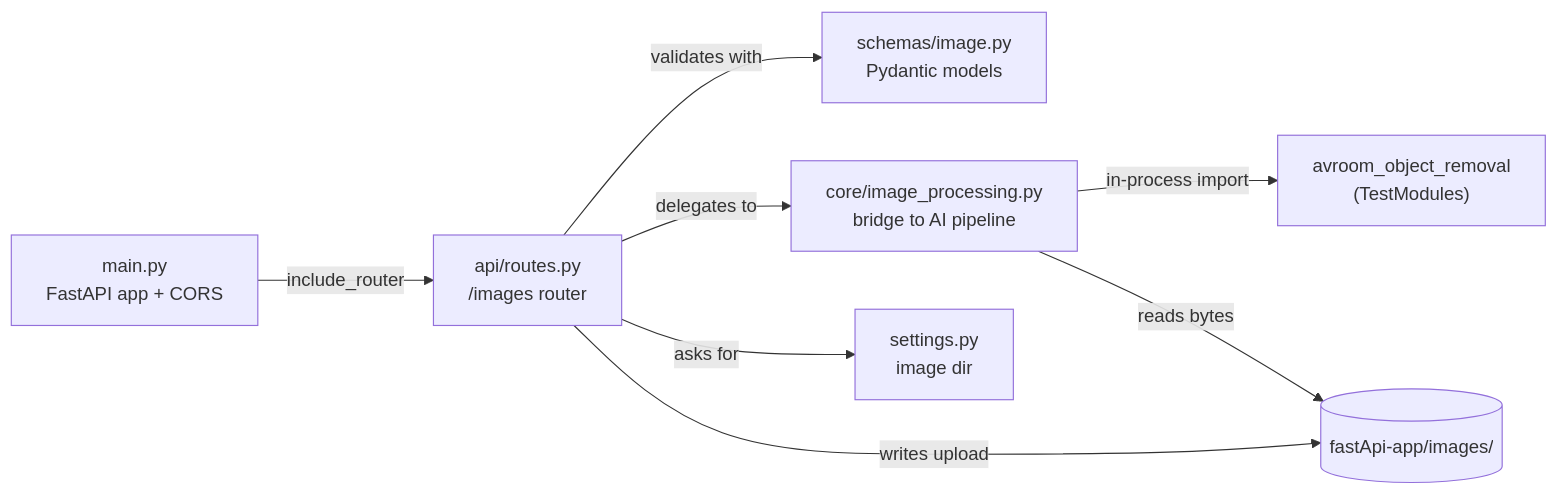
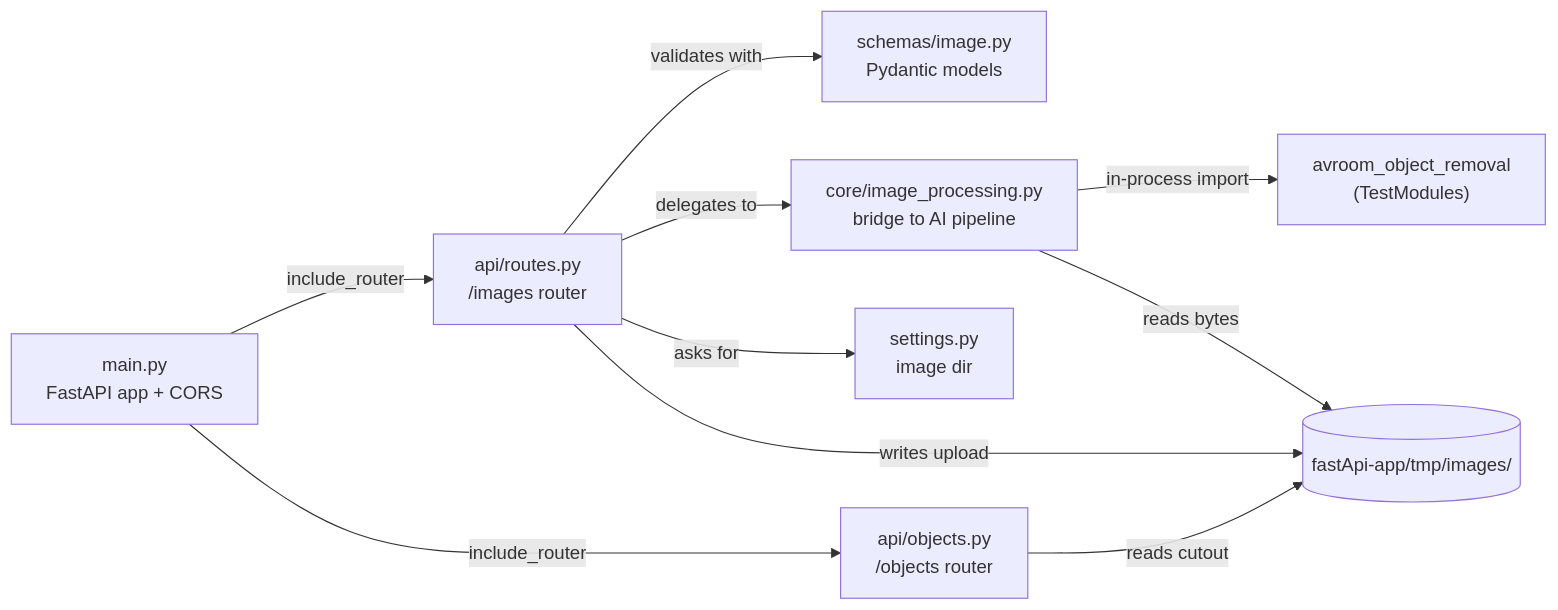
The diagram in docs/backend/README.md (1mache/avroom), drawn with Mermaid before and after one commit. The commit also changed 22 other files, not shown here.

````diff
--- a/docs/backend/README.md
+++ b/docs/backend/README.md
@@ -16,18 +16,21 @@
 ```mermaid
 flowchart LR
     main["main.py<br/>FastAPI app + CORS"]
     routes["api/routes.py<br/>/images router"]
+    objects["api/objects.py<br/>/objects router"]
     core["core/image_processing.py<br/>bridge to AI pipeline"]
     schemas["schemas/image.py<br/>Pydantic models"]
     settings["settings.py<br/>image dir"]
     pipeline["avroom_object_removal<br/>(TestModules)"]
-    disk[("fastApi-app/images/")]
+    disk[("fastApi-app/tmp/images/")]
 
     main -->|include_router| routes
+    main -->|include_router| objects
     routes -->|validates with| schemas
     routes -->|delegates to| core
     routes -->|asks for| settings
     core -->|"in-process import"| pipeline
     routes -->|writes upload| disk
     core -->|reads bytes| disk
+    objects -->|reads cutout| disk
 ```
````
